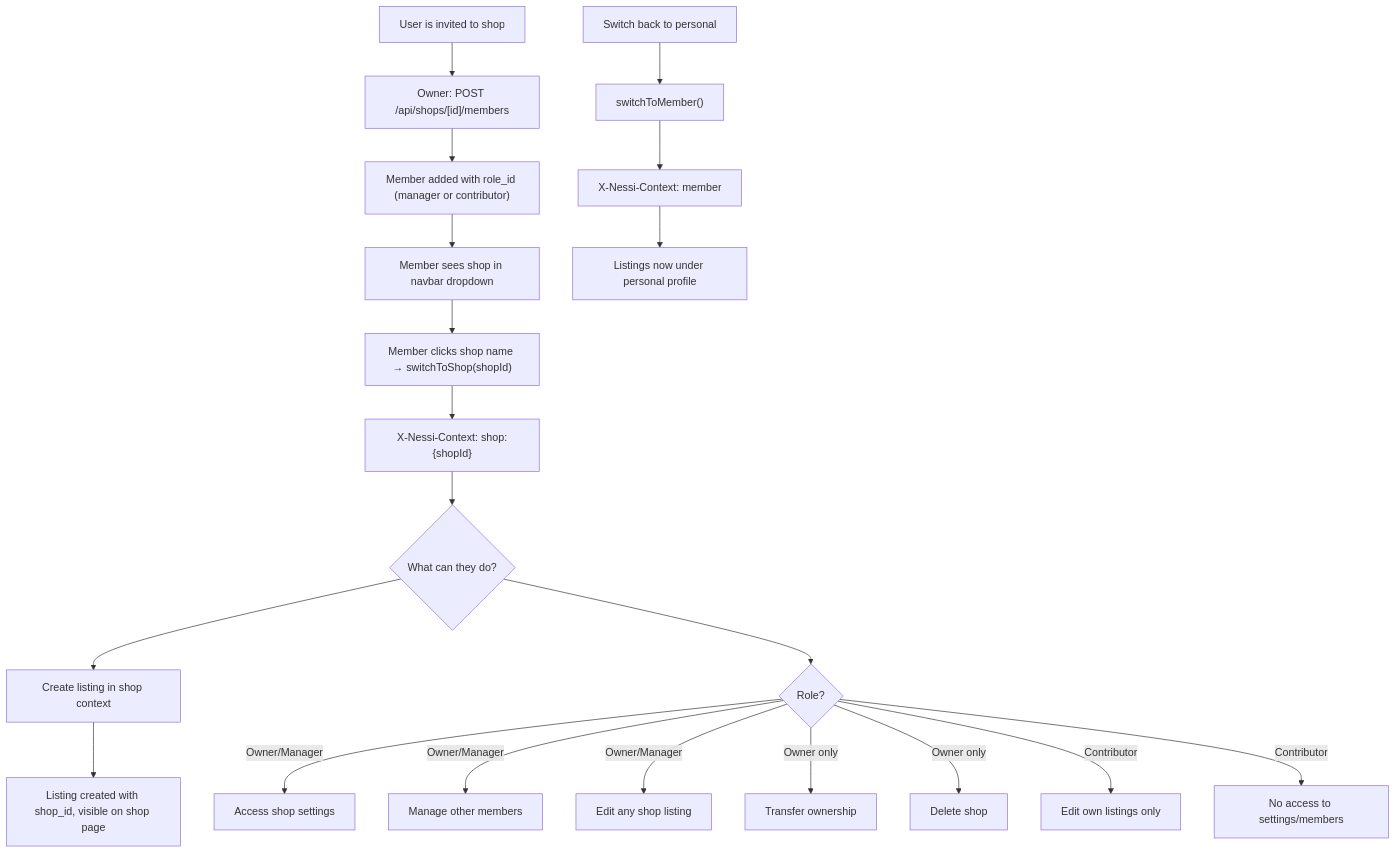
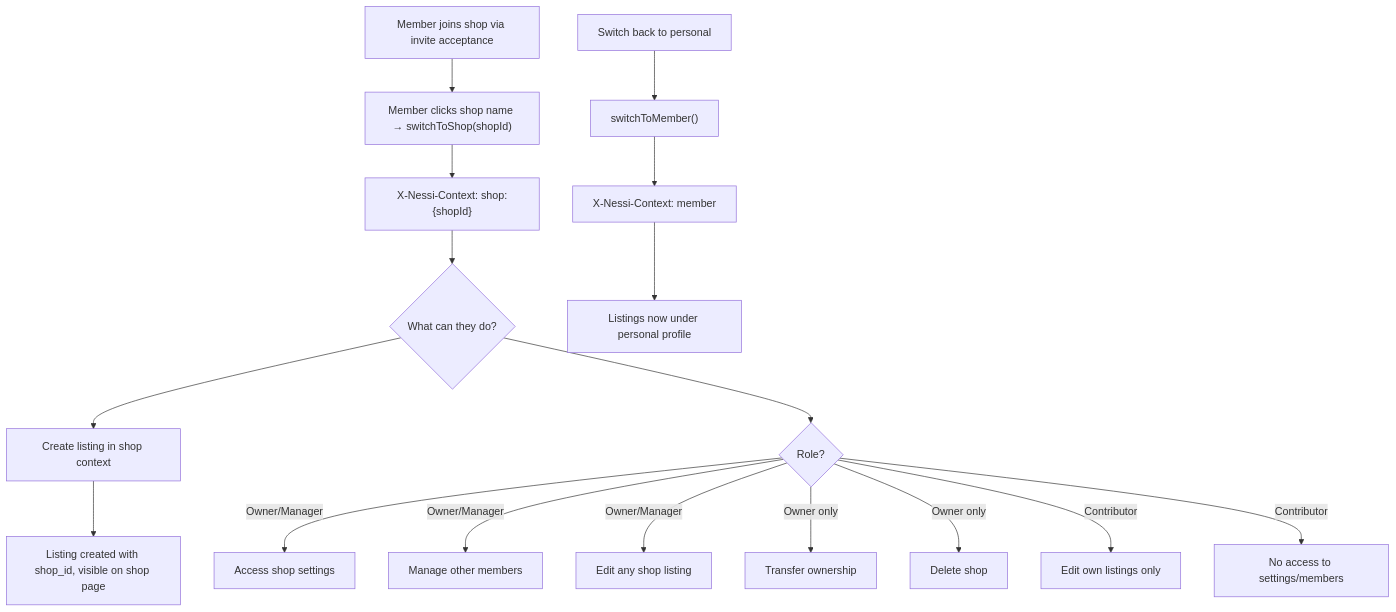
The third of 5 diagrams in docs/diagrams/journeys/shop-member.md (Nessi-Fishing-Supply/nessi-web-app), drawn with Mermaid before and after one commit. The commit also changed other lines of this file and 1 other file, not shown here.

Commit message:
docs: #253 update journey diagrams for invite acceptance flow
- shop-member.md: replace direct-add pattern with full email invite
  acceptance flow (/invite/[token], auth gate, validation, dual caps)
- shop-member.md: split into separate 'Invite Acceptance Flow' and
  'Shop Member Journey' diagrams for clarity
- shop-owner.md: resolve #253 placeholder in invite flow diagram

````diff
--- a/docs/diagrams/journeys/shop-member.md
+++ b/docs/diagrams/journeys/shop-member.md
@@ -68,26 +93,23 @@
 ```mermaid
 flowchart TD
-    A[User is invited to shop] --> B["Owner: POST /api/shops/[id]/members"]
-    B --> C["Member added with role_id (manager or contributor)"]
-    C --> D[Member sees shop in navbar dropdown]
-    D --> E["Member clicks shop name → switchToShop(shopId)"]
-    E --> F["X-Nessi-Context: shop:{shopId}"]
+    A[Member joins shop via invite acceptance] --> B["Member clicks shop name → switchToShop(shopId)"]
+    B --> C["X-Nessi-Context: shop:{shopId}"]
 
-    F --> G{What can they do?}
+    C --> D{What can they do?}
 
-    G --> H[Create listing in shop context]
-    H --> I["Listing created with shop_id, visible on shop page"]
+    D --> E[Create listing in shop context]
+    E --> F["Listing created with shop_id, visible on shop page"]
 
-    G --> J{Role?}
-    J -->|Owner/Manager| K[Access shop settings]
-    J -->|Owner/Manager| L[Manage other members]
-    J -->|Owner/Manager| M[Edit any shop listing]
-    J -->|Owner only| N[Transfer ownership]
-    J -->|Owner only| O[Delete shop]
-    J -->|Contributor| P[Edit own listings only]
-    J -->|Contributor| Q[No access to settings/members]
+    D --> G{Role?}
+    G -->|Owner/Manager| H[Access shop settings]
+    G -->|Owner/Manager| I[Manage other members]
+    G -->|Owner/Manager| J[Edit any shop listing]
+    G -->|Owner only| K[Transfer ownership]
+    G -->|Owner only| L[Delete shop]
+    G -->|Contributor| M[Edit own listings only]
+    G -->|Contributor| N[No access to settings/members]
 
-    R[Switch back to personal] --> S["switchToMember()"]
-    S --> T["X-Nessi-Context: member"]
-    T --> U[Listings now under personal profile]
+    O[Switch back to personal] --> P["switchToMember()"]
+    P --> Q["X-Nessi-Context: member"]
+    Q --> R[Listings now under personal profile]
 ```
````
